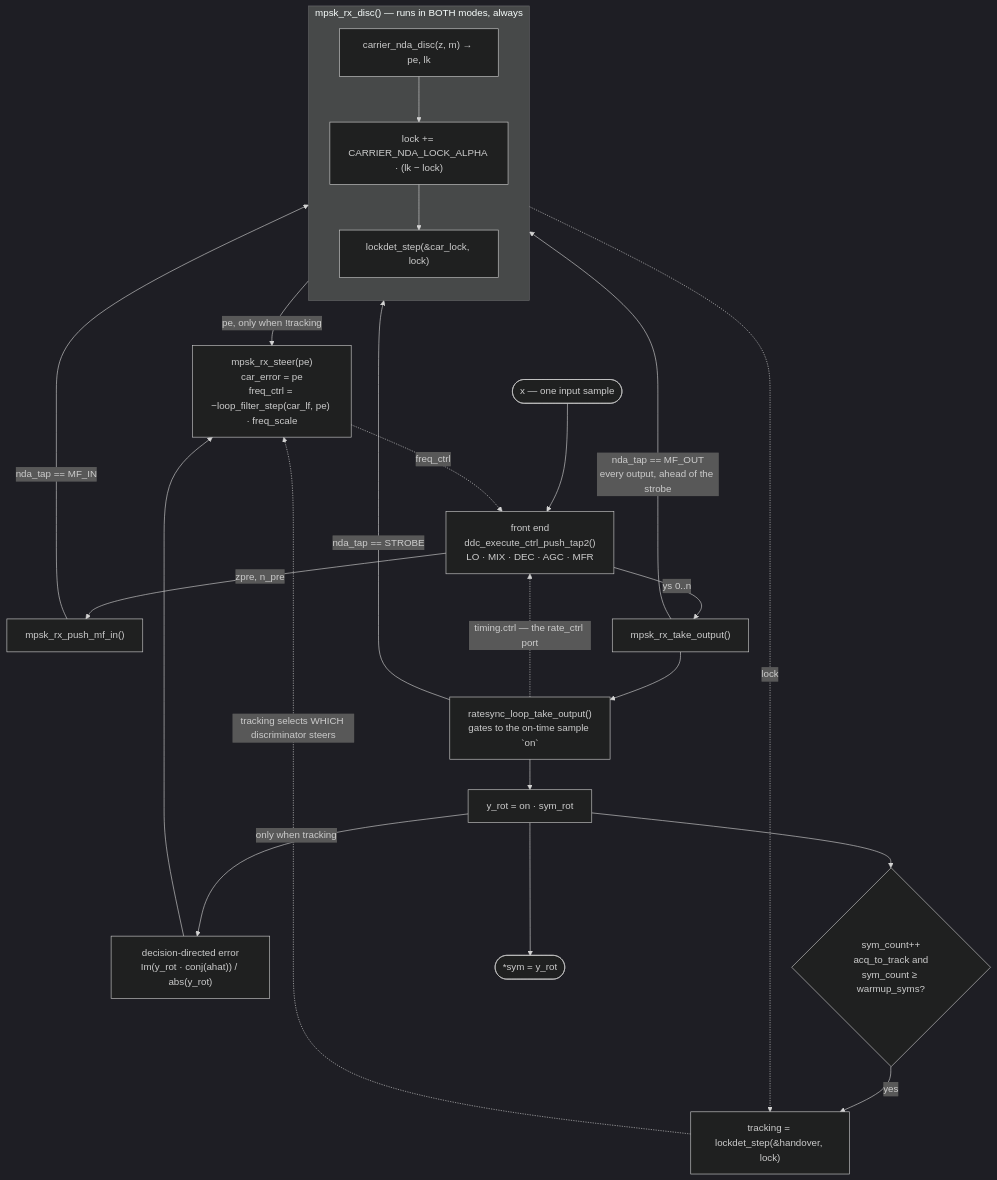
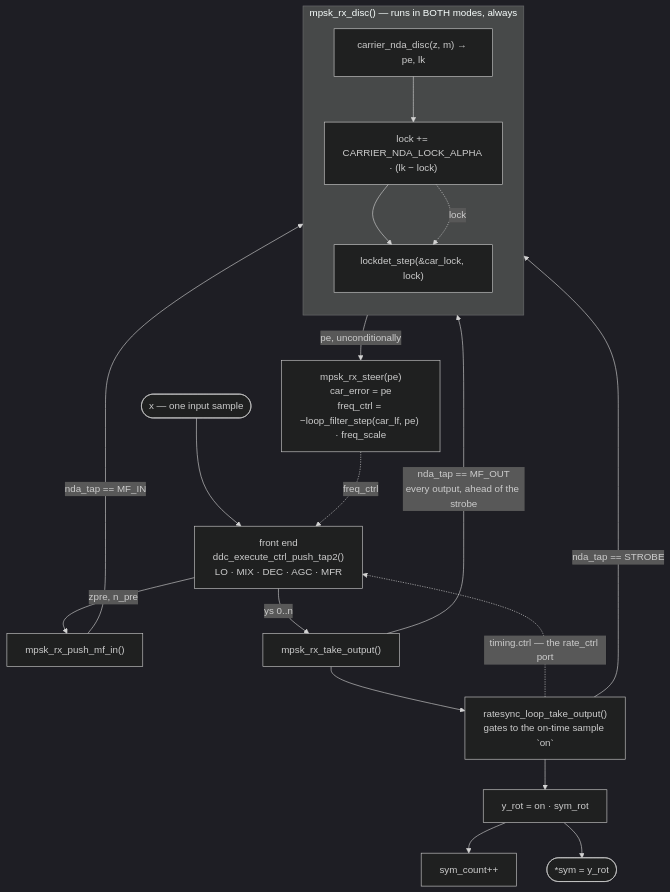
Before and after one commit to doppler-dsp/doppler: the second of 2 diagrams in docs/design/mpsk.md, drawn with Mermaid (dark theme). The commit also changed other lines of this file and 31 other files, not shown here.

````diff
--- a/docs/design/mpsk.md
+++ b/docs/design/mpsk.md
@@ -185,39 +185,35 @@
 ```mermaid
 flowchart TB
     X(["x — one input sample"])
     FE["front end<br/>ddc_execute_ctrl_push_tap2()<br/>LO · MIX · DEC · AGC · MFR"]
     X --> FE
 
     FE -->|"zpre, n_pre"| PMI["mpsk_rx_push_mf_in()"]
     FE -->|"ys 0..n"| TO["mpsk_rx_take_output()"]
 
     PMI -->|"nda_tap == MF_IN"| DISC
     TO -->|"nda_tap == MF_OUT<br/>every output, ahead of the strobe"| DISC
 
     TO --> RL["ratesync_loop_take_output()<br/>gates to the on-time sample `on`"]
     RL -->|"nda_tap == STROBE"| DISC
 
     subgraph D["mpsk_rx_disc() — runs in BOTH modes, always"]
         direction TB
         DISC["carrier_nda_disc(z, m) → pe, lk"]
         LKE["lock += CARRIER_NDA_LOCK_ALPHA · (lk − lock)"]
         CLD["lockdet_step(&amp;car_lock, lock)"]
         DISC --> LKE --> CLD
     end
 
     RL --> ROT["y_rot = on · sym_rot"]
-    DISC -->|"pe, only when !tracking"| STEER
-    ROT -->|"only when tracking"| DD["decision-directed error<br/>Im(y_rot · conj(ahat)) / abs(y_rot)"]
-    DD --> STEER
+    DISC -->|"pe, unconditionally"| STEER
 
     STEER["mpsk_rx_steer(pe)<br/>car_error = pe<br/>freq_ctrl = −loop_filter_step(car_lf, pe) · freq_scale"]
 
-    ROT --> HO{"sym_count++<br/>acq_to_track and<br/>sym_count ≥ warmup_syms?"}
-    HO -->|"yes"| HOS["tracking = lockdet_step(&amp;handover, lock)"]
-    LKE -.->|"lock"| HOS
-    HOS -.->|"tracking selects WHICH discriminator steers"| STEER
+    ROT --> CNT["sym_count++"]
+    LKE -.->|"lock"| CLD
 
     STEER -.->|"freq_ctrl"| FE
     RL -.->|"timing.ctrl — the rate_ctrl port"| FE
     ROT --> OUT(["*sym = y_rot"])
 ```
````
